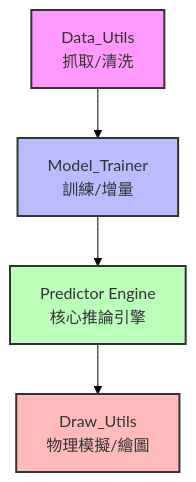
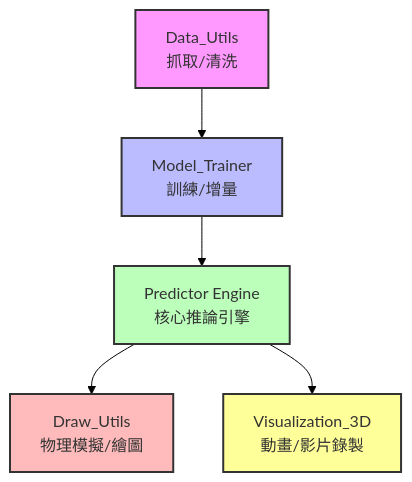
The diagram in README.md (PJ-Tsai/Baseball_Simulation), drawn with Mermaid before and after one commit. The commit also changed other lines of this file and 5 other files, not shown here.

````diff
--- a/README.md
+++ b/README.md
@@ -21,12 +21,14 @@
 ```mermaid
 %%{init: {'theme': 'base', 'themeVariables': { 'background': '#ffffff', 'canvasBackground': '#ffffff' }}}%%
 graph TD
     A[Data_Utils<br/>抓取/清洗] --> B[Model_Trainer<br/>訓練/增量]
     B --> C[Predictor Engine<br/>核心推論引擎]
     C --> D[Draw_Utils<br/>物理模擬/繪圖]
+    C --> E[Visualization_3D<br/>動畫/影片錄製]
     
     style A fill:#f9f,stroke:#333,stroke-width:2px
     style B fill:#bbf,stroke:#333,stroke-width:2px
     style C fill:#bfb,stroke:#333,stroke-width:2px
     style D fill:#fbb,stroke:#333,stroke-width:2px
+    style E fill:#ff9,stroke:#333,stroke-width:2px
 ```
````
